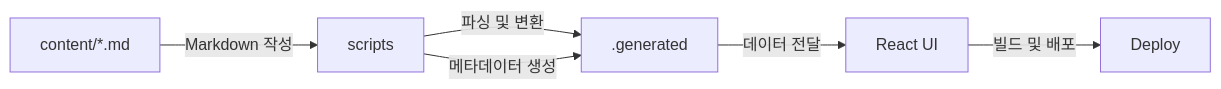
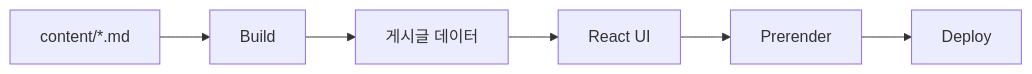
The diagram in README.md (seungjunn100/my-blog), drawn with Mermaid before and after one commit. The commit also changed other lines of this file and 11 other files, not shown here.

````diff
--- a/README.md
+++ b/README.md
@@ -47,8 +60,8 @@
 ```mermaid
 flowchart LR
-    A["content/*.md"] -->|Markdown 작성| B["scripts"]
-    B -->|파싱 및 변환| C[".generated"]
-    B -->|메타데이터 생성| C
-    C -->|데이터 전달| D["React UI"]
-    D -->|빌드 및 배포| E["Deploy"]
+    A["content/*.md"] --> B["Build"]
+    B --> C["게시글 데이터"]
+    C --> D["React UI"]
+    D --> E["Prerender"]
+    E --> F["Deploy"]
 ```
````
